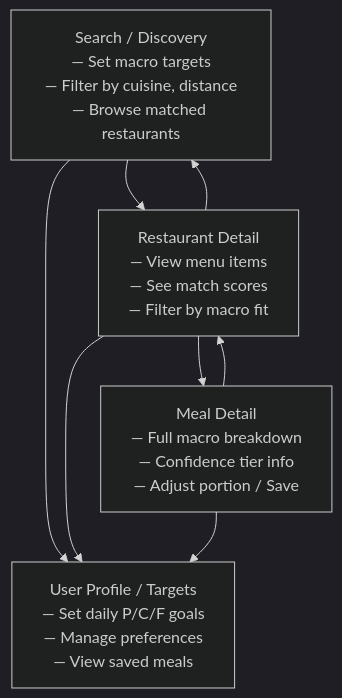
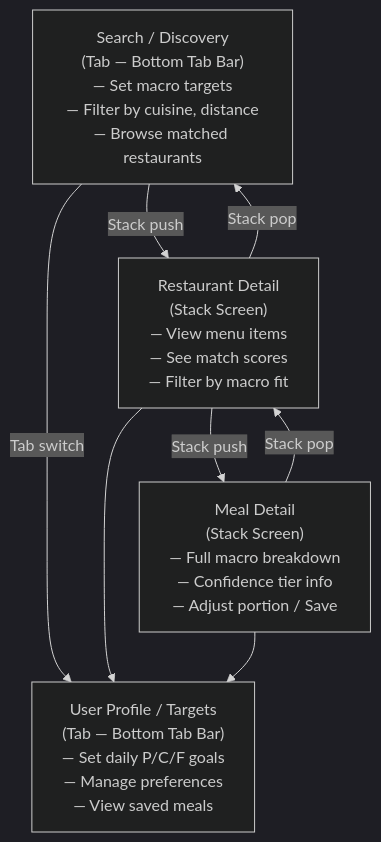
One commit to dgmolla/fitsy changed the first of 2 diagrams in docs/design/design-brief.md. Above: the diagram before and after it, drawn with Mermaid (dark theme). The commit also changed other lines of this file and 6 other files, not shown here.

First line of the commit message:
Switch stack to React Native (Expo) + Next.js API backend

````diff
--- a/docs/design/design-brief.md
+++ b/docs/design/design-brief.md
@@ -36,10 +43,10 @@
 ```mermaid
 flowchart TD
-    A["Search / Discovery\n― Set macro targets\n― Filter by cuisine, distance\n― Browse matched restaurants"] --> B["Restaurant Detail\n― View menu items\n― See match scores\n― Filter by macro fit"]
-    B --> C["Meal Detail\n― Full macro breakdown\n― Confidence tier info\n― Adjust portion / Save"]
-    A --> D["User Profile / Targets\n― Set daily P/C/F goals\n― Manage preferences\n― View saved meals"]
+    A["Search / Discovery\n(Tab — Bottom Tab Bar)\n― Set macro targets\n― Filter by cuisine, distance\n― Browse matched restaurants"] -->|"Stack push"| B["Restaurant Detail\n(Stack Screen)\n― View menu items\n― See match scores\n― Filter by macro fit"]
+    B -->|"Stack push"| C["Meal Detail\n(Stack Screen)\n― Full macro breakdown\n― Confidence tier info\n― Adjust portion / Save"]
+    A -->|"Tab switch"| D["User Profile / Targets\n(Tab — Bottom Tab Bar)\n― Set daily P/C/F goals\n― Manage preferences\n― View saved meals"]
     B --> D
     C --> D
-    C --> B
-    B --> A
+    C -->|"Stack pop"| B
+    B -->|"Stack pop"| A
 ```
````
